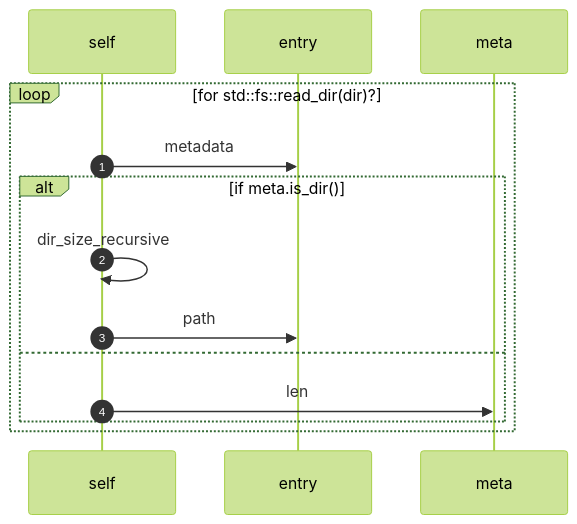
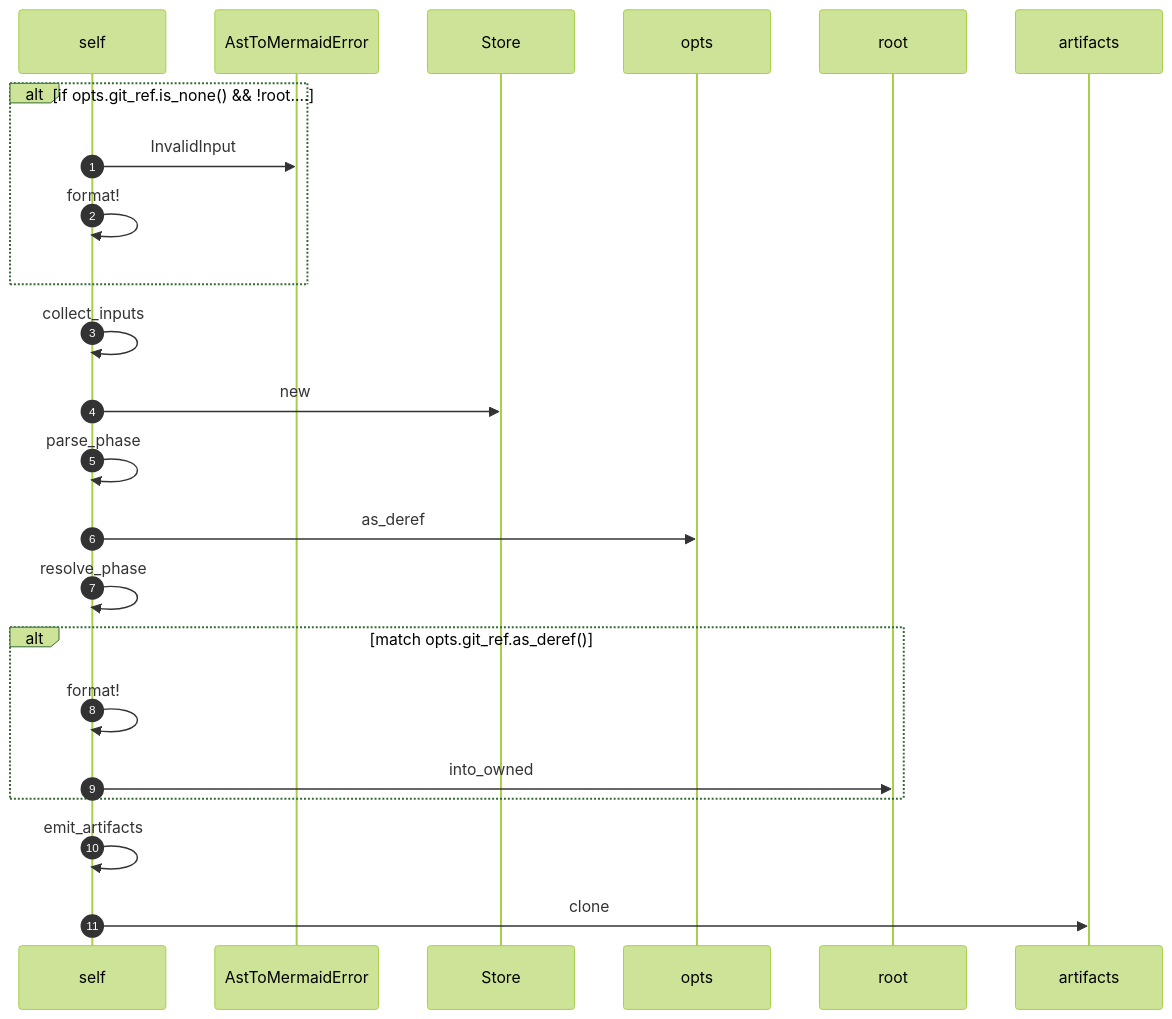
One commit to anatta-rs/ast-to-mermaid changed the fifth of 6 diagrams in README.md. Above: the diagram before and after it, drawn with Mermaid (forest theme). The commit also changed other lines of this file, not shown here.

Commit message:
docs(readme): swap dir_size_recursive for pipeline::bundle
dir_size_recursive was small and pedagogical but didn't fan out — only
3 lifelines, the diagram came across as a tall thin column rather
than a real "look how the actors talk" sequence. Reviewer asked for
something more visually striking.

`pipeline::bundle` is a better demo: 6 distinct lifelines spreading
across the participant header, two `alt` blocks (the pre-flight
working-tree check + the git-ref vs working-tree label split), and
the four-stage pipeline (collect → parse → resolve → emit) reads
top-to-bottom in source order. It's also a real entry point that
ships behind `a2m bundle`, so the function isn't a contrived demo.

Diagram is byte-identical to live `a2m sequence ./src --target bundle`.

````diff
--- a/README.md
+++ b/README.md
@@ -163,17 +147,26 @@
 ```mermaid
 sequenceDiagram
     autonumber
-    %% fn dir_size_recursive(dir: &Path) -> Result<u64>
+    %% pub fn bundle(root: &Path, opts: &AnalyzeOptions) -> Result<(ArtifactSet, AnalyzeReport)>
     participant self as self
-    participant entry as entry
-    participant meta as meta
-    loop for std::fs::read_dir(dir)?
-        self->>entry: metadata
-        alt if meta.is_dir()
-            self->>self: dir_size_recursive
-            self->>entry: path
-        else
-            self->>meta: len
-        end
+    participant AstToMermaidError as AstToMermaidError
+    participant Store as Store
+    participant opts as opts
+    participant root as root
+    participant artifacts as artifacts
+    alt if opts.git_ref.is_none() && !root.…
+        self->>AstToMermaidError: InvalidInput
+        self->>self: format!
     end
+    self->>self: collect_inputs
+    self->>Store: new
+    self->>self: parse_phase
+    self->>opts: as_deref
+    self->>self: resolve_phase
+    alt match opts.git_ref.as_deref()
+        self->>self: format!
+        self->>root: into_owned
+    end
+    self->>self: emit_artifacts
+    self->>artifacts: clone
 ```
````
